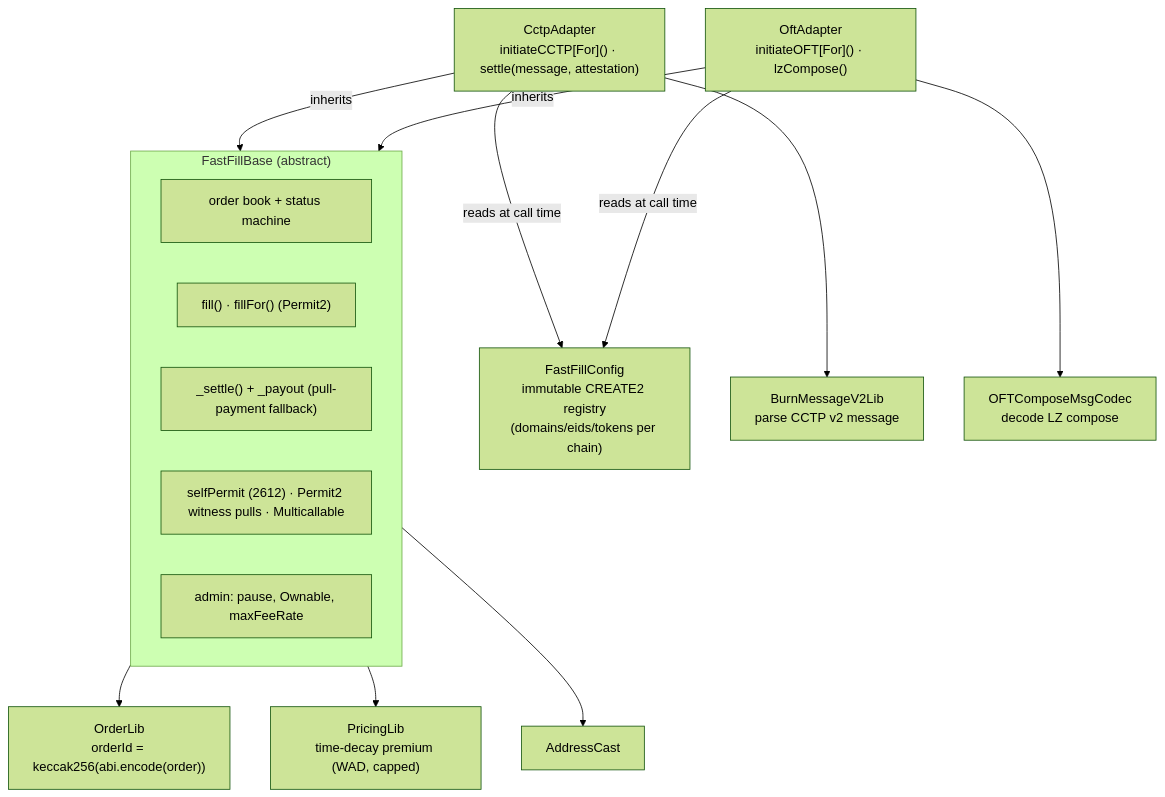
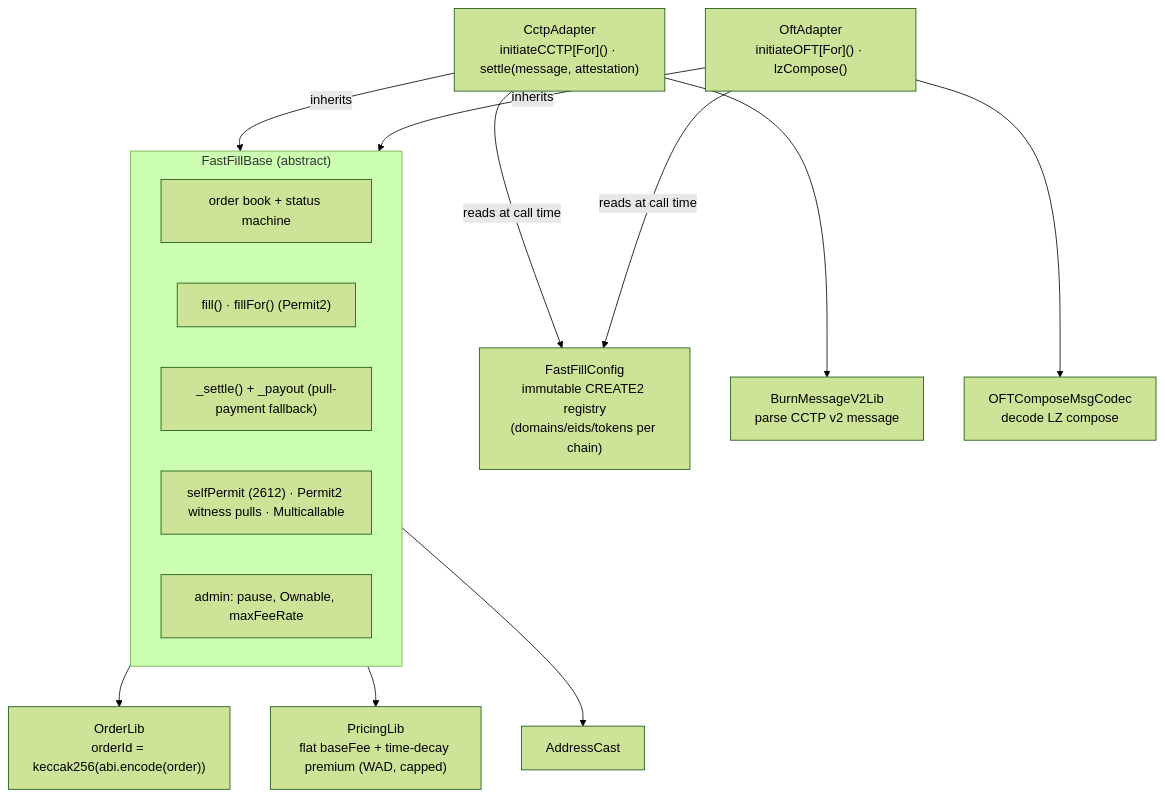
The first of 7 diagrams in docs/ARCHITECTURE.md (KaiCode2/fast-fill), drawn with Mermaid (forest theme) before and after one commit. The commit also changed other lines of this file and 20 other files, not shown here.

````diff
--- a/docs/ARCHITECTURE.md
+++ b/docs/ARCHITECTURE.md
@@ -19,31 +19,31 @@
 ```mermaid
 flowchart TB
     subgraph BASE["FastFillBase (abstract)"]
         OB["order book + status machine"]
         FILL["fill() · fillFor() (Permit2)"]
         SET["_settle() + _payout (pull-payment fallback)"]
         PMT["selfPermit (2612) · Permit2 witness pulls · Multicallable"]
         ADM["admin: pause, Ownable, maxFeeRate"]
     end
 
     CA["CctpAdapter<br/>initiateCCTP[For]() · settle(message, attestation)"]
     OA["OftAdapter<br/>initiateOFT[For]() · lzCompose()"]
 
     CA -- inherits --> BASE
     OA -- inherits --> BASE
 
     CFG["FastFillConfig<br/>immutable CREATE2 registry<br/>(domains/eids/tokens per chain)"]
     OL["OrderLib<br/>orderId = keccak256(abi.encode(order))"]
-    PL["PricingLib<br/>time-decay premium (WAD, capped)"]
+    PL["PricingLib<br/>flat baseFee + time-decay premium (WAD, capped)"]
     BL["BurnMessageV2Lib<br/>parse CCTP v2 message"]
     CC["OFTComposeMsgCodec<br/>decode LZ compose"]
     AC["AddressCast"]
 
     BASE --> OL
     BASE --> PL
     BASE --> AC
     CA -- "reads at call time" --> CFG
     OA -- "reads at call time" --> CFG
     CA --> BL
     OA --> CC
 ```
````
